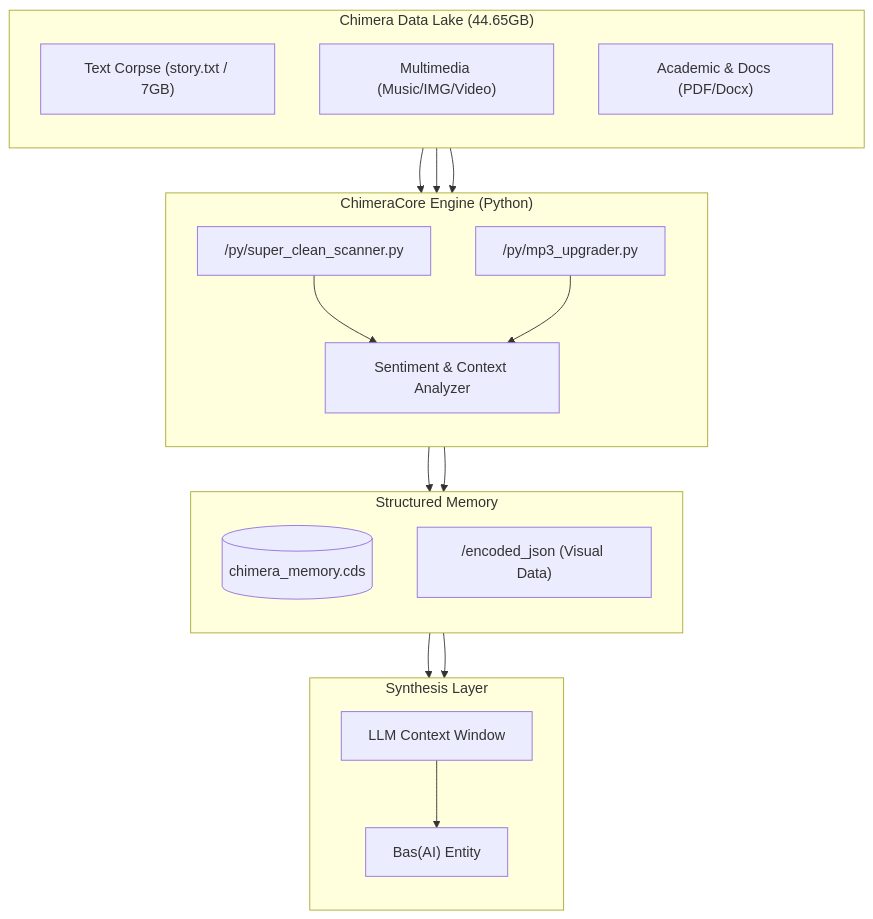
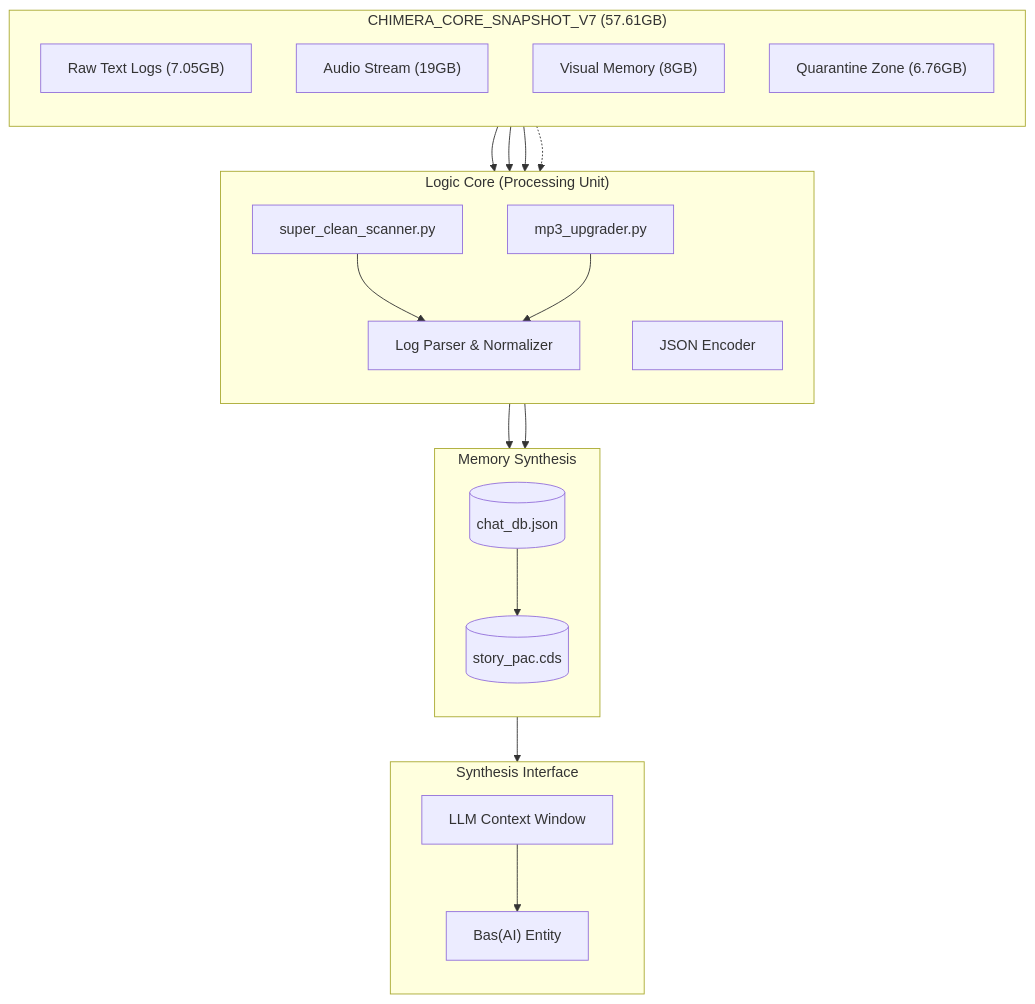
Before and after one commit to Bas616/Philosophical-AI-Companion: the diagram in README.md, drawn with Mermaid. The commit also changed other lines of this file, not shown here.

````diff
--- a/README.md
+++ b/README.md
@@ -44,39 +47,45 @@
 ```mermaid
 flowchart TD
-    subgraph Data_Lake ["Chimera Data Lake (44.65GB)"]
+    subgraph Data_Lake ["CHIMERA_CORE_SNAPSHOT_V7 (57.61GB)"]
         direction TB
-        TX["Text Corpse (story.txt / 7GB)"]
-        MM["Multimedia (Music/IMG/Video)"]
-        DOC["Academic & Docs (PDF/Docx)"]
+        RawText["Raw Text Logs (7.05GB)"]
+        RawAudio["Audio Stream (19GB)"]
+        RawImg["Visual Memory (8GB)"]
+        Quarantine["Quarantine Zone (6.76GB)"]
     end
 
-    subgraph Processing_Core ["ChimeraCore Engine (Python)"]
+    subgraph Logic_Core ["Logic Core (Processing Unit)"]
         direction TB
-        Scrubber["/py/super_clean_scanner.py"]
-        Parser["/py/mp3_upgrader.py"]
-        Analyzer["Sentiment & Context Analyzer"]
+        Cleaner["super_clean_scanner.py"]
+        Upgrader["mp3_upgrader.py"]
+        Parser["Log Parser & Normalizer"]
+        JSON_Enc["JSON Encoder"]
     end
 
-    subgraph Memory_Bank ["Structured Memory"]
+    subgraph Memory_Synthesis ["Memory Synthesis"]
         direction TB
-        CDS[("chimera_memory.cds")]
-        JSON_IMG["/encoded_json (Visual Data)"]
+        CDS[("story_pac.cds")]
+        ChatDB[("chat_db.json")]
     end
 
-    subgraph Synthesis_Interface ["Synthesis Layer"]
+    subgraph Interface ["Synthesis Interface"]
         direction TB
         LLM["LLM Context Window"]
         Persona["Bas(AI) Entity"]
     end
 
-    TX --> Scrubber
-    MM --> Parser
-    DOC --> Scrubber
-    Scrubber --> Analyzer
-    Parser --> Analyzer
-    Analyzer --> CDS
-    Analyzer --> JSON_IMG
+    RawText --> Cleaner
+    RawAudio --> Upgrader
+    RawImg --> JSON_Enc
+    Quarantine -.-> Cleaner
+    
+    Cleaner --> Parser
+    Upgrader --> Parser
+    JSON_Enc --> ChatDB
+
+    Parser --> CDS
+    ChatDB --> CDS
+    
     CDS --> LLM
-    JSON_IMG --> LLM
     LLM --> Persona
 ```
````
